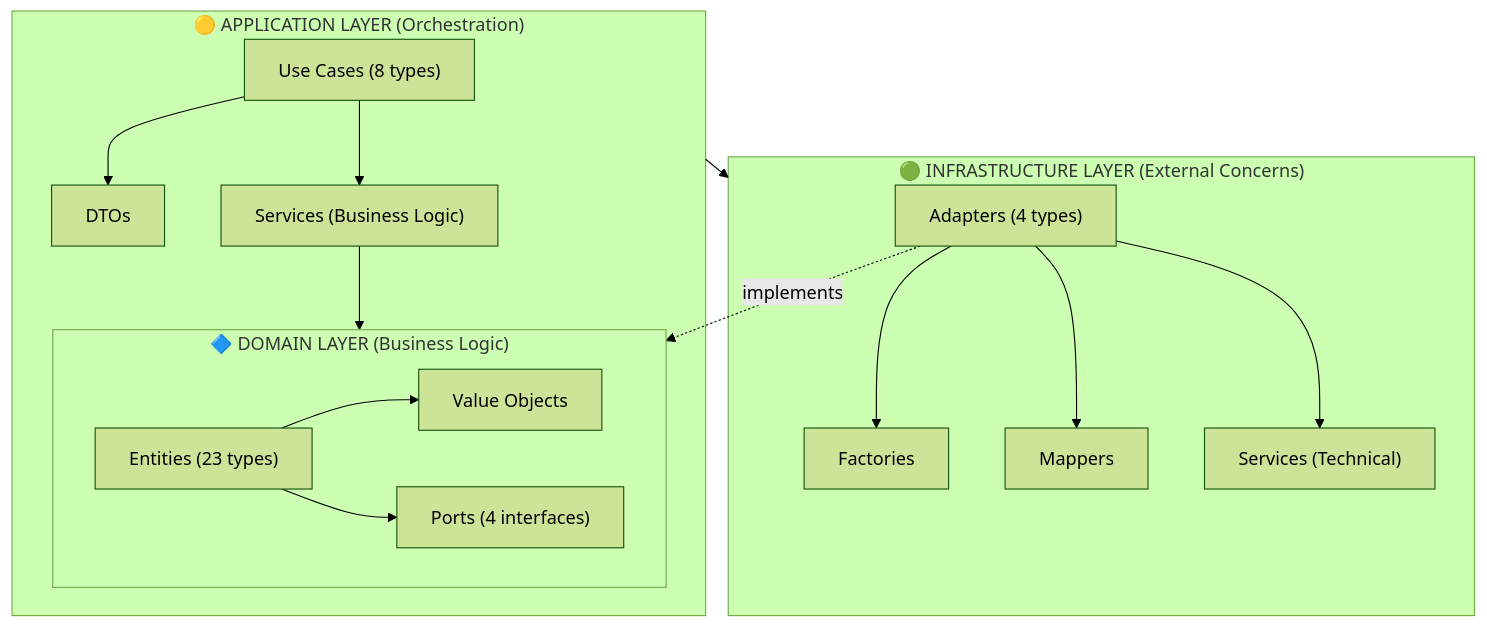
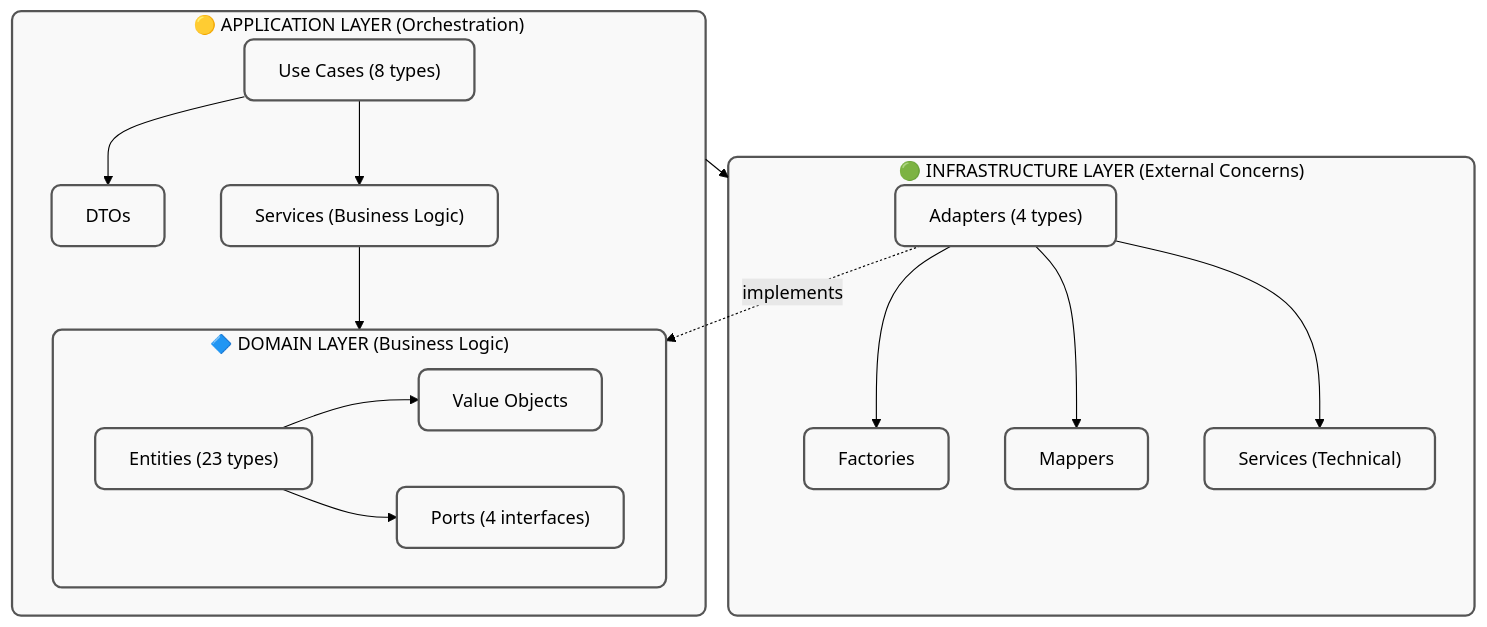
Before and after one commit to underpass-ai/swe-ai-fleet: the second of 5 diagrams in docs/architecture/AGENTS_AND_TOOLS.md, drawn with Mermaid (forest theme). The commit also changed other lines of this file, not shown here.

First line of the commit message:
docs: apply grayscale styling to AGENTS_AND_TOOLS Layers Diagram

````diff
--- a/docs/architecture/AGENTS_AND_TOOLS.md
+++ b/docs/architecture/AGENTS_AND_TOOLS.md
@@ -281,32 +222,46 @@
 ```mermaid
 graph TB
     subgraph Domain["🔷 DOMAIN LAYER (Business Logic)"]
         E["Entities (23 types)"]
         VO["Value Objects"]
         P["Ports (4 interfaces)"]
         E --> VO
         E --> P
     end
 
     subgraph Application["🟡 APPLICATION LAYER (Orchestration)"]
         UC["Use Cases (8 types)"]
         DTO["DTOs"]
         SVC["Services (Business Logic)"]
         UC --> DTO
         UC --> SVC
         SVC --> Domain
     end
 
     subgraph Infrastructure["🟢 INFRASTRUCTURE LAYER (External Concerns)"]
         A["Adapters (4 types)"]
         F["Factories"]
         M["Mappers"]
         S["Services (Technical)"]
         A --> F
         A --> M
         A --> S
         A -.implements.-> Domain
     end
 
     Application --> Infrastructure
+
+    style Domain stroke:#555,stroke-width:2px,fill:#f9f9f9,color:#000,rx:8,ry:8
+    style Application stroke:#555,stroke-width:2px,fill:#f9f9f9,color:#000,rx:8,ry:8
+    style Infrastructure stroke:#555,stroke-width:2px,fill:#f9f9f9,color:#000,rx:8,ry:8
+    style E stroke:#555,stroke-width:2px,fill:#f9f9f9,color:#000,rx:8,ry:8
+    style VO stroke:#555,stroke-width:2px,fill:#f9f9f9,color:#000,rx:8,ry:8
+    style P stroke:#555,stroke-width:2px,fill:#f9f9f9,color:#000,rx:8,ry:8
+    style UC stroke:#555,stroke-width:2px,fill:#f9f9f9,color:#000,rx:8,ry:8
+    style DTO stroke:#555,stroke-width:2px,fill:#f9f9f9,color:#000,rx:8,ry:8
+    style SVC stroke:#555,stroke-width:2px,fill:#f9f9f9,color:#000,rx:8,ry:8
+    style A stroke:#555,stroke-width:2px,fill:#f9f9f9,color:#000,rx:8,ry:8
+    style F stroke:#555,stroke-width:2px,fill:#f9f9f9,color:#000,rx:8,ry:8
+    style M stroke:#555,stroke-width:2px,fill:#f9f9f9,color:#000,rx:8,ry:8
+    style S stroke:#555,stroke-width:2px,fill:#f9f9f9,color:#000,rx:8,ry:8
 ```
````
